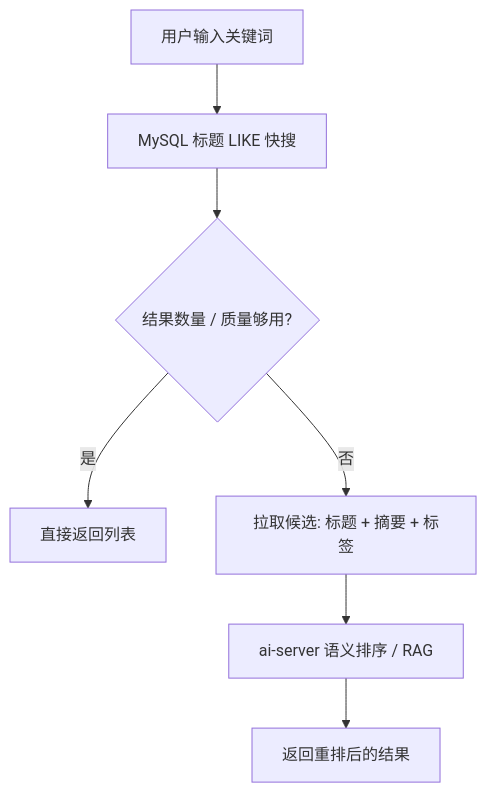
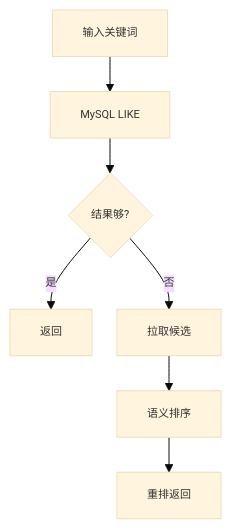
Before and after one commit to pluchon/mengmeng_forum: diagram 13 of 22 in README.md, drawn with Mermaid. The commit also changed other lines of this file and 2 other files, not shown here.

````diff
--- a/README.md
+++ b/README.md
@@ -585,9 +447,10 @@
 ```mermaid
+%%{init: {'theme':'base', 'themeVariables': {'fontSize':'11px'}, 'flowchart': {'nodeSpacing': 25, 'rankSpacing': 35}}}%%
 flowchart TD
-  Q[用户输入关键词] --> DB[MySQL 标题 LIKE 快搜]
-  DB --> C{结果数量 / 质量够用?}
-  C -->|是| R1[直接返回列表]
-  C -->|否| Cand[拉取候选: 标题 + 摘要 + 标签]
-  Cand --> AI[ai-server 语义排序 / RAG]
-  AI --> R2[返回重排后的结果]
+  Q[输入关键词] --> DB[MySQL LIKE]
+  DB --> C{结果够?}
+  C -->|是| R1[返回]
+  C -->|否| Cand[拉取候选]
+  Cand --> AI[语义排序]
+  AI --> R2[重排返回]
 ```
````
